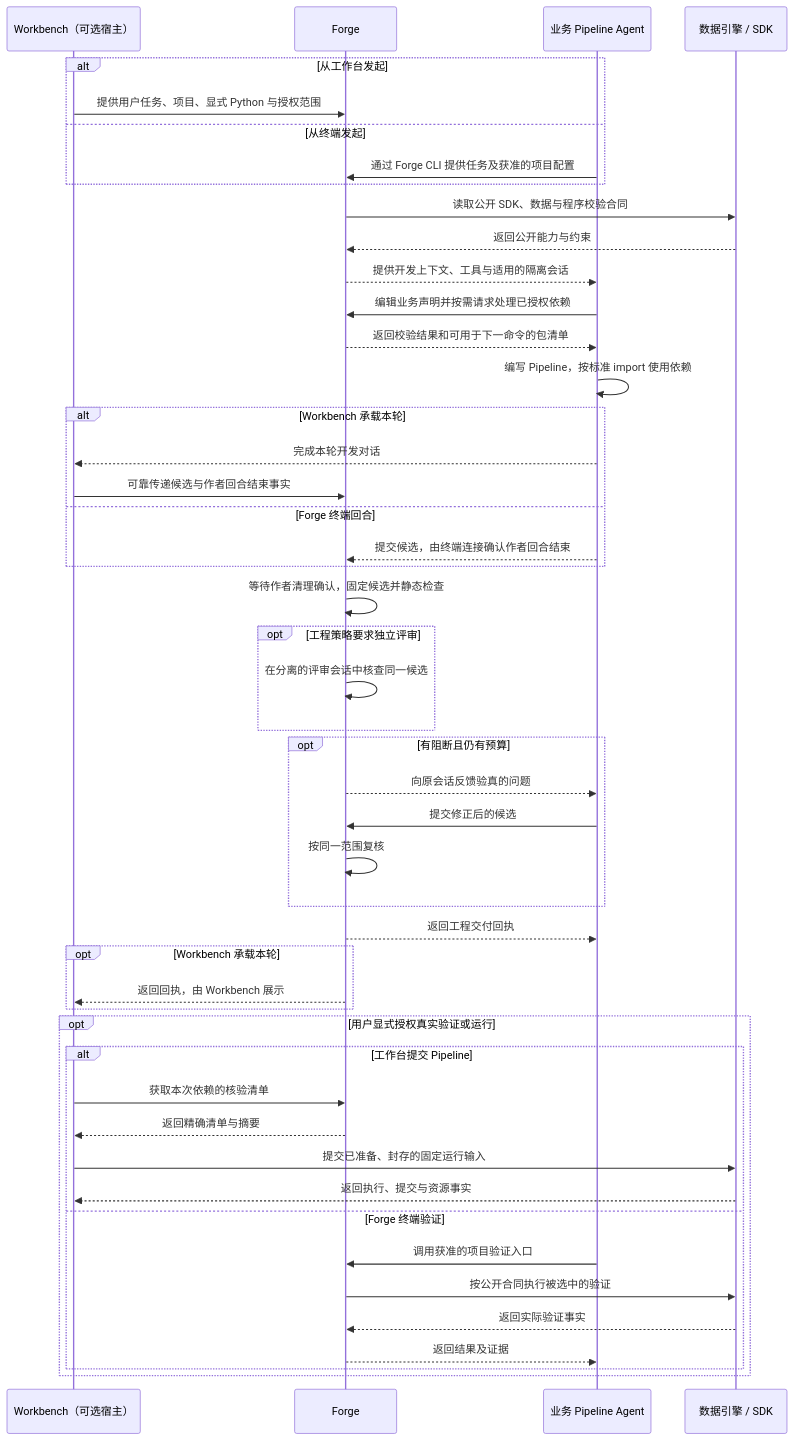
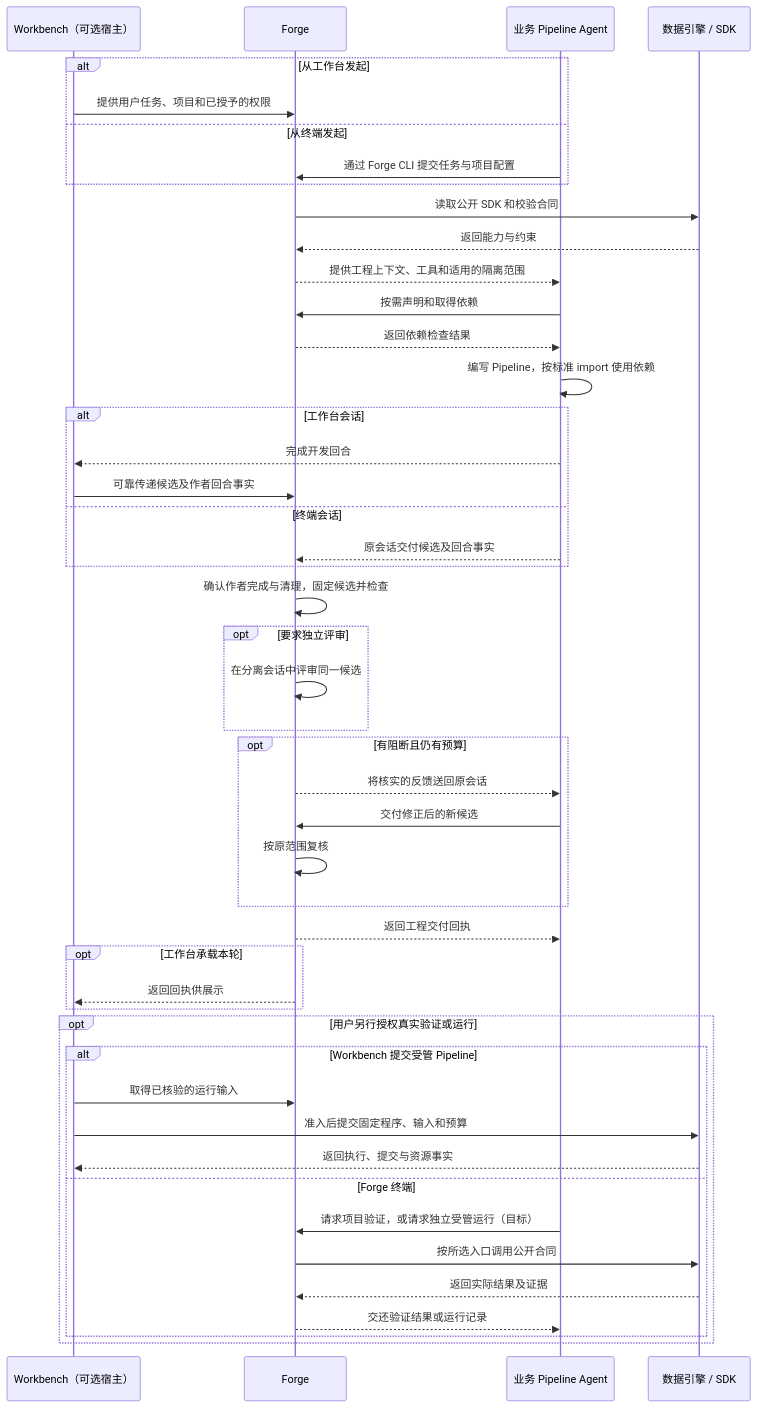
Before and after one commit to vincent9299/demiflow: the second of 7 diagrams in docs/demiflow-architecture.md, drawn with Mermaid. The commit also changed other lines of this file, not shown here.

Commit message:
Reorganize the DemiFlow architecture specification by module

````diff
--- a/docs/demiflow-architecture.md
+++ b/docs/demiflow-architecture.md
@@ -51,51 +41,49 @@
 ```mermaid
 sequenceDiagram
     participant W as Workbench（可选宿主）
     participant F as Forge
     participant A as 业务 Pipeline Agent
     participant E as 数据引擎 / SDK
-
     alt 从工作台发起
-        W->>F: 提供用户任务、项目、显式 Python 与授权范围
+        W->>F: 提供用户任务、项目和已授予的权限
     else 从终端发起
-        A->>F: 通过 Forge CLI 提供任务及获准的项目配置
+        A->>F: 通过 Forge CLI 提交任务与项目配置
     end
-    F->>E: 读取公开 SDK、数据与程序校验合同
-    E-->>F: 返回公开能力与约束
-    F-->>A: 提供开发上下文、工具与适用的隔离会话
-    A->>F: 编辑业务声明并按需请求处理已授权依赖
-    F-->>A: 返回校验结果和可用于下一命令的包清单
+    F->>E: 读取公开 SDK 和校验合同
+    E-->>F: 返回能力与约束
+    F-->>A: 提供工程上下文、工具和适用的隔离范围
+    A->>F: 按需声明和取得依赖
+    F-->>A: 返回依赖检查结果
     A->>A: 编写 Pipeline，按标准 import 使用依赖
-    alt Workbench 承载本轮
-        A-->>W: 完成本轮开发对话
-        W->>F: 可靠传递候选与作者回合结束事实
-    else Forge 终端回合
-        A-->>F: 提交候选，由终端连接确认作者回合结束
+    alt 工作台会话
+        A-->>W: 完成开发回合
+        W->>F: 可靠传递候选及作者回合事实
+    else 终端会话
+        A-->>F: 原会话交付候选及回合事实
     end
-    F->>F: 等待作者清理确认，固定候选并静态检查
-    opt 工程策略要求独立评审
-        F->>F: 在分离的评审会话中核查同一候选
+    F->>F: 确认作者完成与清理，固定候选并检查
+    opt 要求独立评审
+        F->>F: 在分离会话中评审同一候选
     end
     opt 有阻断且仍有预算
-        F-->>A: 向原会话反馈验真的问题
-        A->>F: 提交修正后的候选
-        F->>F: 按同一范围复核
+        F-->>A: 将核实的反馈送回原会话
+        A->>F: 交付修正后的新候选
+        F->>F: 按原范围复核
     end
     F-->>A: 返回工程交付回执
-    opt Workbench 承载本轮
-        F-->>W: 返回回执，由 Workbench 展示
+    opt 工作台承载本轮
+        F-->>W: 返回回执供展示
     end
-    opt 用户显式授权真实验证或运行
-        alt 工作台提交 Pipeline
-            W->>F: 获取本次依赖的核验清单
-            F-->>W: 返回精确清单与摘要
-            W->>E: 提交已准备、封存的固定运行输入
+    opt 用户另行授权真实验证或运行
+        alt Workbench 提交受管 Pipeline
+            W->>F: 取得已核验的运行输入
+            W->>E: 准入后提交固定程序、输入和预算
             E-->>W: 返回执行、提交与资源事实
-        else Forge 终端验证
-            A->>F: 调用获准的项目验证入口
-            F->>E: 按公开合同执行被选中的验证
-            E-->>F: 返回实际验证事实
-            F-->>A: 返回结果及证据
+        else Forge 终端
+            A->>F: 请求项目验证，或请求独立受管运行（目标）
+            F->>E: 按所选入口调用公开合同
+            E-->>F: 返回实际结果及证据
+            F-->>A: 交还验证结果或运行记录
         end
     end
 ```
````
